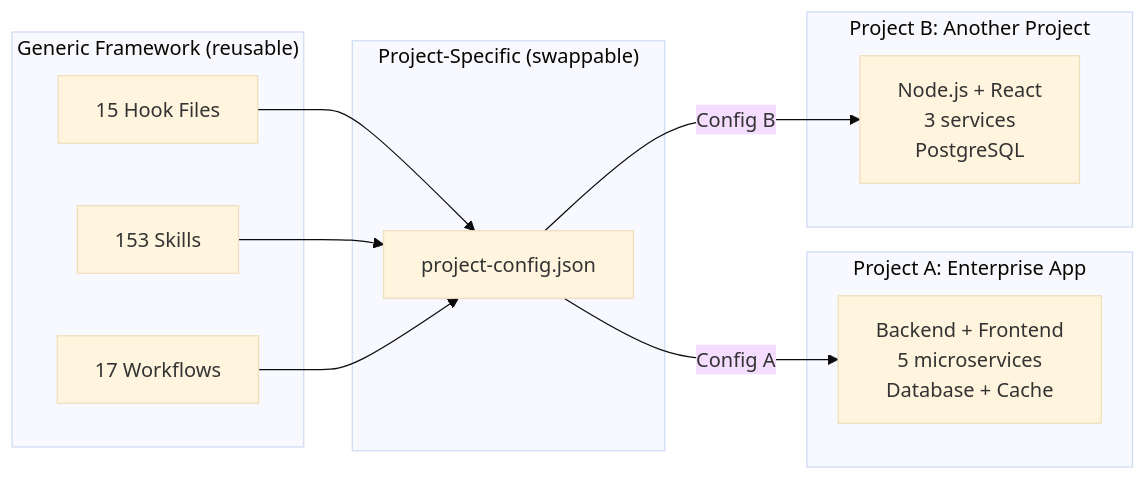
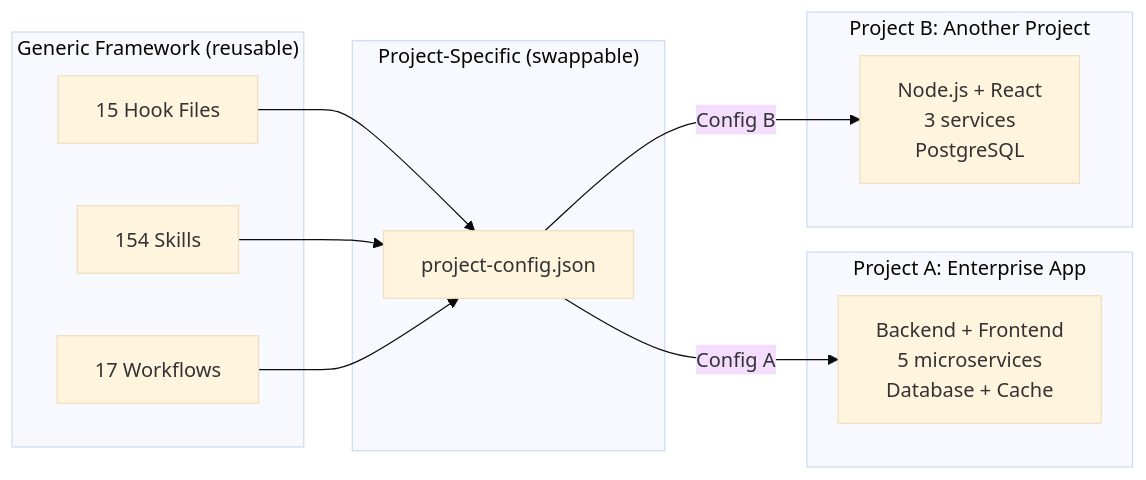
Before and after one commit to duc01226/easy-claude: the eighth of 20 diagrams in .claude/docs/claude-ai-agent-framework-guide.md, drawn with Mermaid (base theme). The commit also changed other lines of this file and 211 other files, not shown here.

````diff
--- a/.claude/docs/claude-ai-agent-framework-guide.md
+++ b/.claude/docs/claude-ai-agent-framework-guide.md
@@ -876,24 +876,24 @@
 ```mermaid
 graph LR
     subgraph "Generic Framework (reusable)"
         H[15 Hook Files]
-        S[153 Skills]
+        S[154 Skills]
         W[17 Workflows]
     end
 
     subgraph "Project-Specific (swappable)"
         PC[project-config.json]
     end
 
     subgraph "Project A: Enterprise App"
         PA[Backend + Frontend<br/>5 microservices<br/>Database + Cache]
     end
 
     subgraph "Project B: Another Project"
         PB[Node.js + React<br/>3 services<br/>PostgreSQL]
     end
 
     H & S & W --> PC
     PC -->|Config A| PA
     PC -->|Config B| PB
 ```
````
